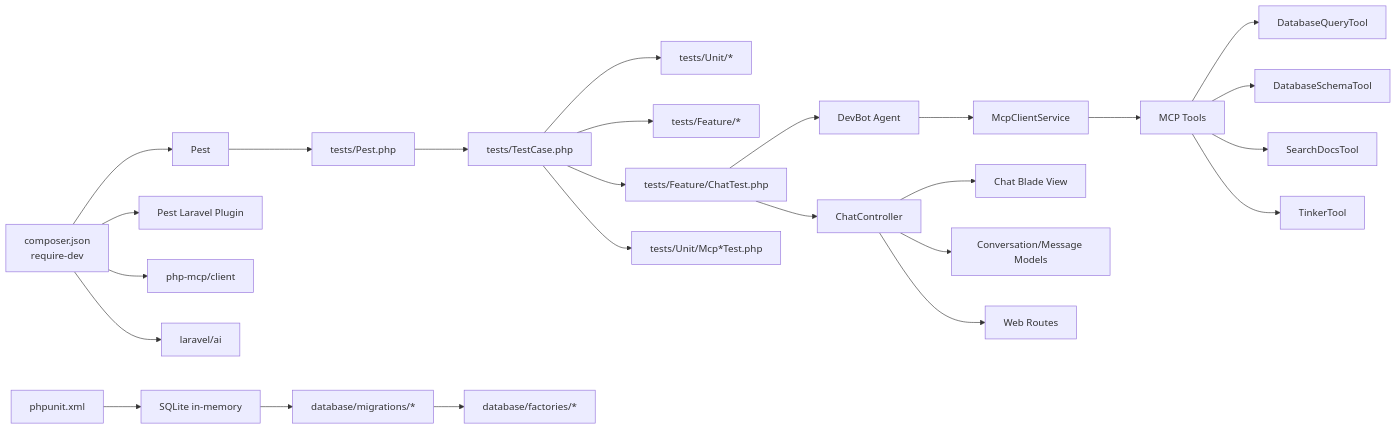
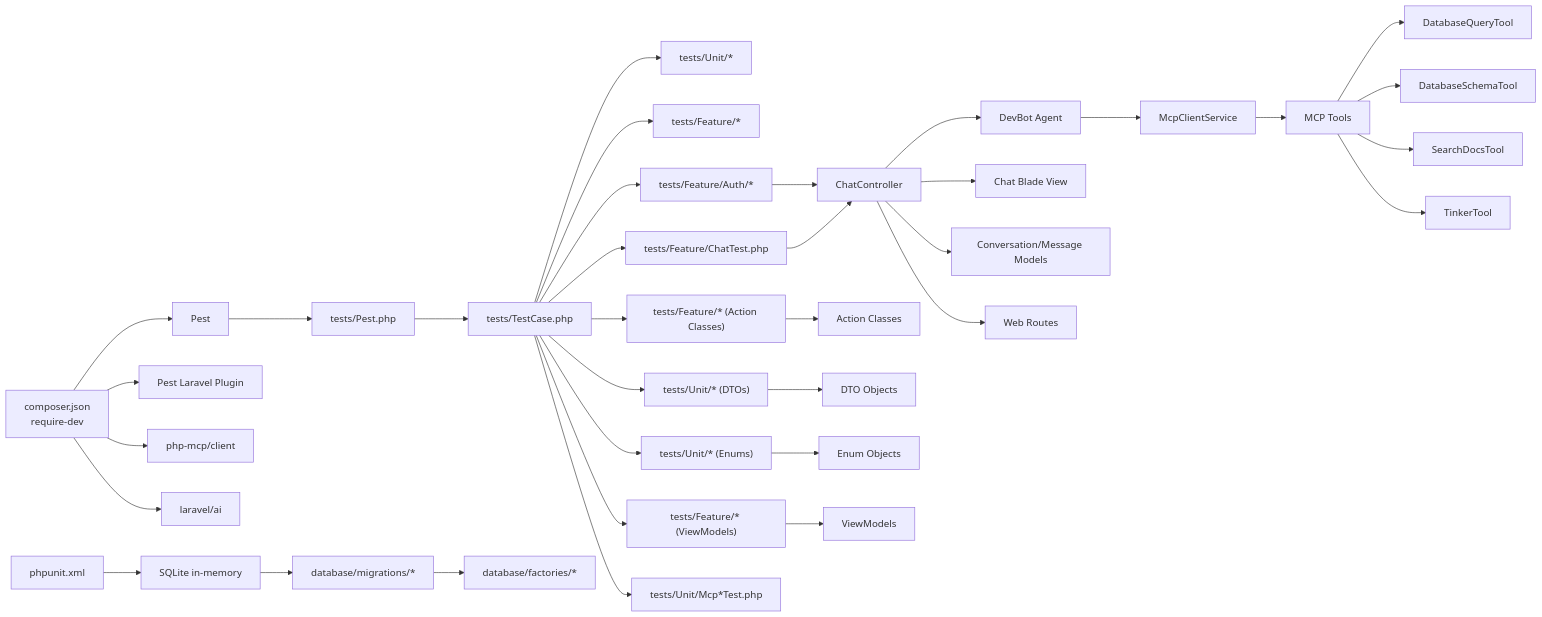
One commit to siimliimand/laravel-assistant changed diagram 12 of 12 in .qoder/repowiki/en/content/Testing Infrastructure/Testing Infrastructure.md. Above: the diagram before and after it, drawn with Mermaid. The commit also changed other lines of this file and 8 other files, not shown here.

First line of the commit message:
docs(actions): add PrepareChatViewAction and update architecture docs

````diff
--- a/.qoder/repowiki/en/content/Testing Infrastructure/Testing Infrastructure.md
+++ b/.qoder/repowiki/en/content/Testing Infrastructure/Testing Infrastructure.md
@@ -692,27 +1084,37 @@
 ```mermaid
 graph LR
 Composer["composer.json<br/>require-dev"] --> PestDep["Pest"]
 Composer --> PestLaravelPlugin["Pest Laravel Plugin"]
 Composer --> McpLib["php-mcp/client"]
 Composer --> LaravelAI["laravel/ai"]
 PestDep --> PestBootstrap["tests/Pest.php"]
 PestBootstrap --> BaseTC["tests/TestCase.php"]
 BaseTC --> UnitTests["tests/Unit/*"]
 BaseTC --> FeatureTests["tests/Feature/*"]
+BaseTC --> AuthTests["tests/Feature/Auth/*"]
+BaseTC --> ActionTests["tests/Feature/* (Action Classes)"]
+BaseTC --> DTOs["tests/Unit/* (DTOs)"]
+BaseTC --> Enums["tests/Unit/* (Enums)"]
+BaseTC --> ViewModelTests["tests/Feature/* (ViewModels)"]
 BaseTC --> ChatTests["tests/Feature/ChatTest.php"]
 BaseTC --> McpTests["tests/Unit/Mcp*Test.php"]
 PHPUnitXML["phpunit.xml"] --> DBConfig["SQLite in-memory"]
 DBConfig --> Migrations["database/migrations/*"]
 Migrations --> Factories["database/factories/*"]
-ChatTests --> Controller["ChatController"]
-ChatTests --> DevBot["DevBot Agent"]
+AuthTests --> Controller["ChatController"]
+ActionTests --> AC["Action Classes"]
+DTOs --> DTOObjects["DTO Objects"]
+Enums --> EnumObjects["Enum Objects"]
+ViewModelTests --> VMOD["ViewModels"]
+ChatTests --> Controller
+Controller --> DevBot["DevBot Agent"]
 DevBot --> McpClient["McpClientService"]
 McpClient --> McpTools["MCP Tools"]
 McpTools --> DatabaseQuery["DatabaseQueryTool"]
 McpTools --> DatabaseSchema["DatabaseSchemaTool"]
 McpTools --> SearchDocs["SearchDocsTool"]
 McpTools --> Tinker["TinkerTool"]
 Controller --> Views["Chat Blade View"]
 Controller --> Models["Conversation/Message Models"]
 Controller --> Routes["Web Routes"]
 ```
````
